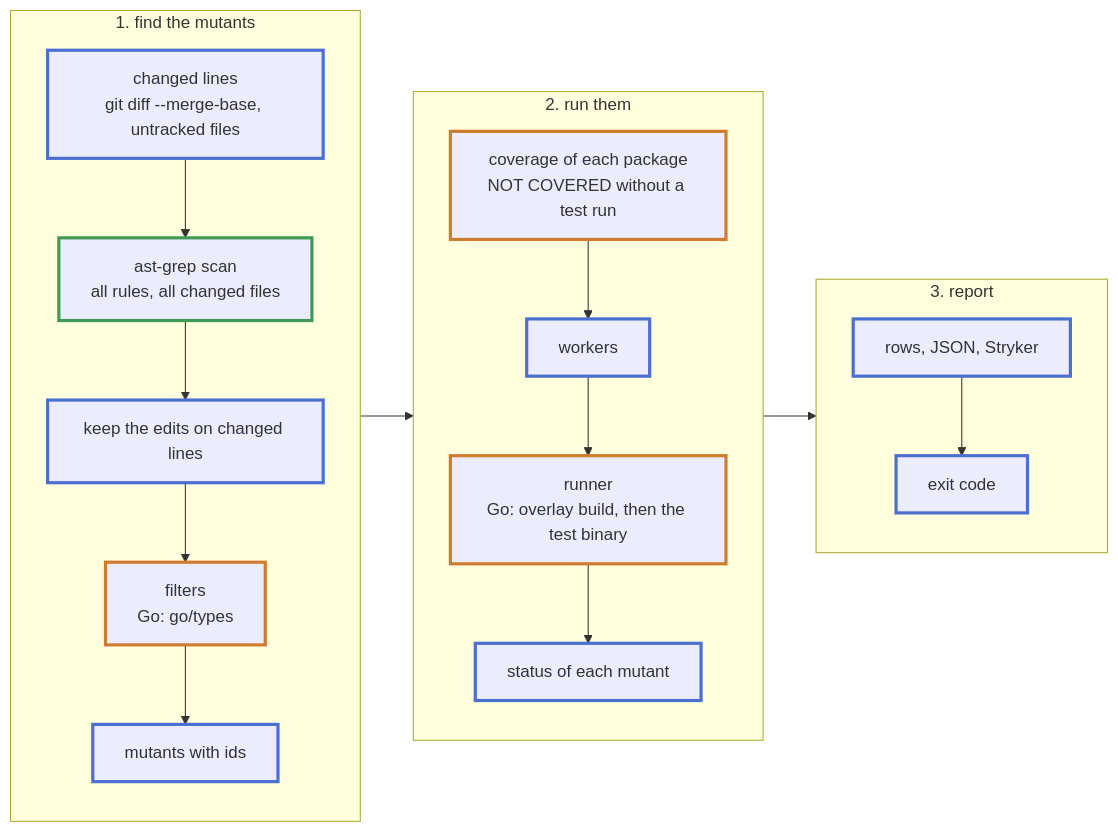
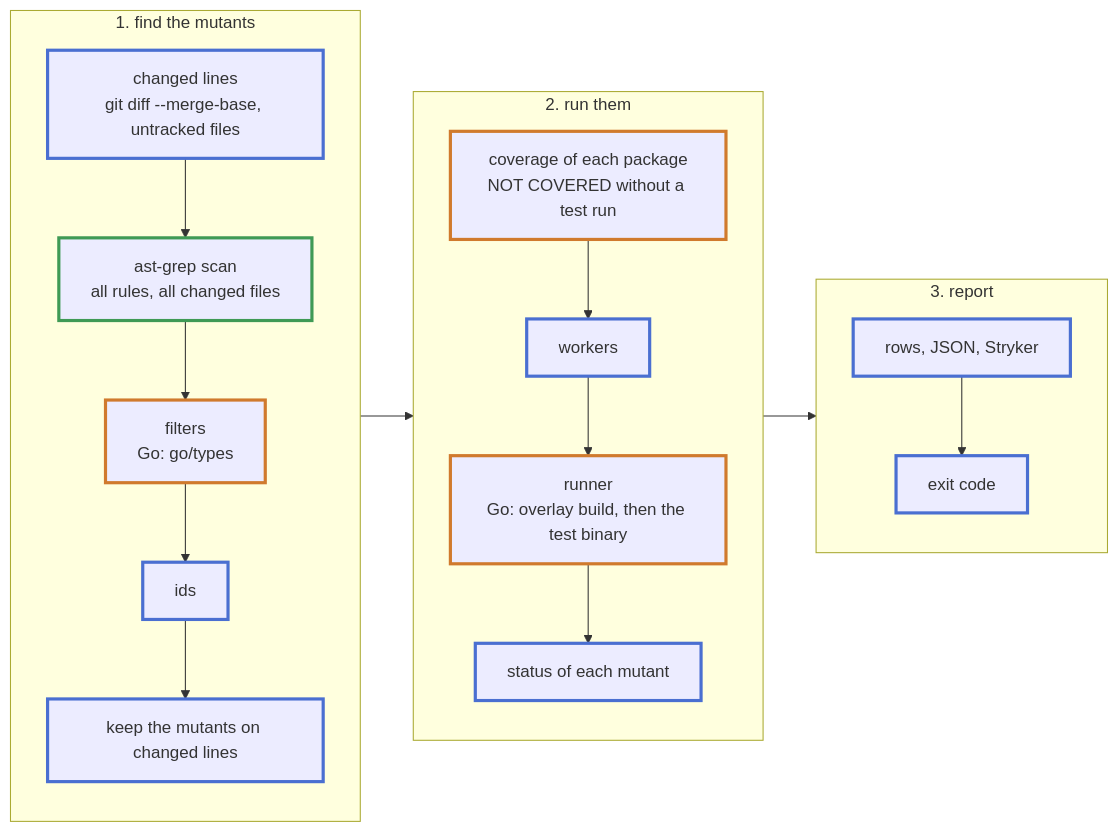
One commit to hpcsc/mutants changed the second of 5 diagrams in docs/design.md. Above: the diagram before and after it, drawn with Mermaid. The commit also changed other lines of this file, not shown here.

````diff
--- a/docs/design.md
+++ b/docs/design.md
@@ -61,28 +61,28 @@
 ```mermaid
 flowchart LR
     subgraph FIND["1. find the mutants"]
         direction TB
         A["changed lines<br/>git diff --merge-base, untracked files"] --> C["ast-grep scan<br/>all rules, all changed files"]
-        C --> E["keep the edits on changed lines"]
-        E --> F["filters<br/>Go: go/types"]
-        F --> G["mutants with ids"]
+        C --> F["filters<br/>Go: go/types"]
+        F --> G["ids"]
+        G --> E["keep the mutants on changed lines"]
     end
     subgraph RUN["2. run them"]
         direction TB
         H["coverage of each package<br/>NOT COVERED without a test run"] --> I["workers"]
         I --> J["runner<br/>Go: overlay build, then the test binary"]
         J --> K["status of each mutant"]
     end
     subgraph OUT["3. report"]
         direction TB
         L["rows, JSON, Stryker"] --> X["exit code"]
     end
-    G --> H
+    E --> H
     K --> L
     class A,E,G,I,K,L,X core
     class C astg
     class F,H,J lang
     classDef core stroke:#4a6fd1,stroke-width:3px
     classDef astg stroke:#3f9a55,stroke-width:3px
     classDef lang stroke:#d07a2d,stroke-width:3px
 ```
````
